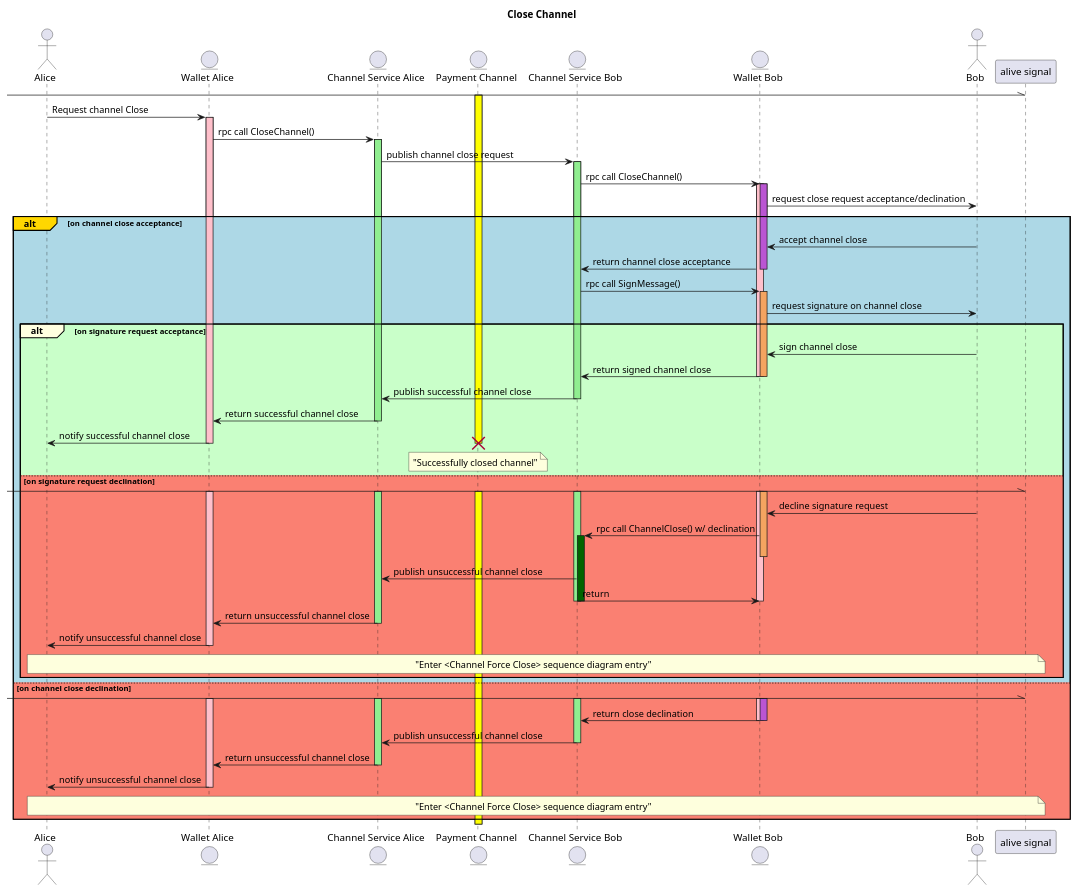
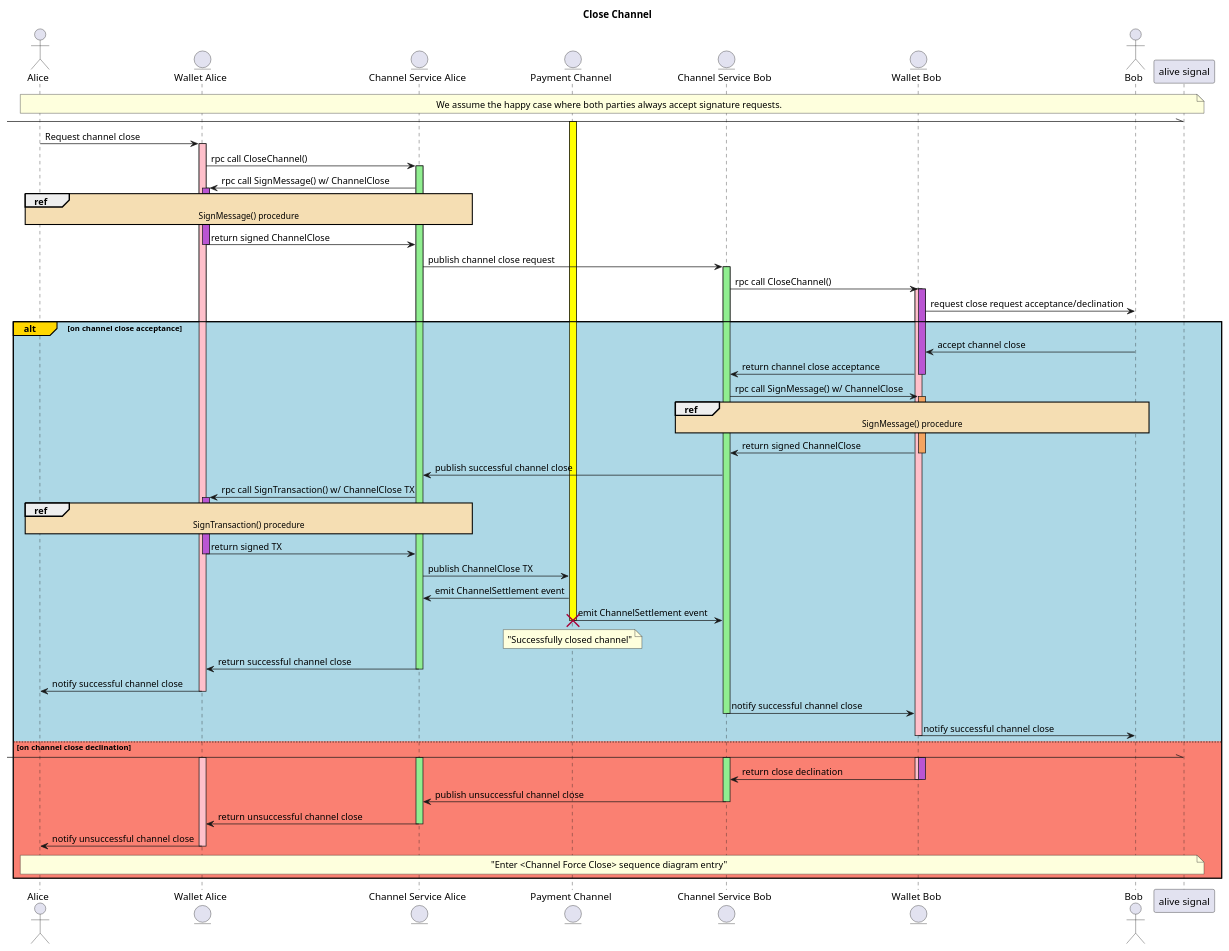
The diagram in src/sequence-close.pu (perun-network/perun-wallet-spec), drawn with PlantUML before and after one commit. The commit also changed 13 other files, not shown here.

Commit message:
sequence: Clean up sequence diagrams and reference in Spec.md

```diff
--- a/src/sequence-close.pu
+++ b/src/sequence-close.pu
@@ -1,88 +1,82 @@
 @startuml
 actor Alice as A
 entity "Wallet Alice" as WA
 entity "Channel Service Alice" as CSA
 entity "Payment Channel" as PC
 entity "Channel Service Bob" as CSB
 entity "Wallet Bob" as WB
 actor Bob as B
 
+skinparam sequenceReferenceBackgroundColor wheat
+
 title Close Channel
+
+note across: We assume the happy case where both parties always accept signature requests.
 
 [-\\ "alive signal"
 activate PC #yellow
-A -> WA : Request channel Close
+A -> WA : Request channel close
 activate WA #pink
 WA -> CSA : rpc call CloseChannel()
 activate CSA #lightgreen
+CSA -> WA : rpc call SignMessage() w/ ChannelClose
+activate WA #mediumorchid
+ref over A, WA, CSA : SignMessage() procedure
+WA -> CSA : return signed ChannelClose
+deactivate WA
 CSA -> CSB : publish channel close request
 activate CSB #lightgreen
 CSB -> WB : rpc call CloseChannel()
 activate WB #pink
 activate WB #mediumorchid
 WB -> B : request close request acceptance/declination
 alt#gold #lightblue on channel close acceptance
   B -> WB : accept channel close
   WB -> CSB : return channel close acceptance
   deactivate WB
-  CSB -> WB : rpc call SignMessage()
+  CSB -> WB : rpc call SignMessage() w/ ChannelClose
   activate WB #sandybrown
-  WB -> B : request signature on channel close
-  alt#lightyellow #technology  on signature request acceptance
-    B -> WB : sign channel close
-    WB -> CSB : return signed channel close
-    deactivate WB
-    deactivate WB
-    CSB -> CSA : publish successful channel close
-    deactivate CSB
-    CSA -> WA : return successful channel close
-    deactivate CSA
-    WA -> A : notify successful channel close
-    deactivate WA
-    note over PC: "Successfully closed channel"
-    destroy PC
-  else #salmon on signature request declination
-    [-\\ "alive signal"
-    activate WB #pink
-    activate WB #sandybrown
-    activate CSB #lightgreen
-    activate WA #pink
-    activate CSA #lightgreen
-    activate PC #yellow
-    B -> WB : decline signature request
-    WB -> CSB : rpc call ChannelClose() w/ declination
-    activate CSB #darkgreen
-    deactivate WB
-    CSB -> CSA : publish unsuccessful channel close
-    CSB -> WB : return
-    deactivate CSB
-    deactivate CSB
-    deactivate WB
-    CSA -> WA : return unsuccessful channel close
-    deactivate CSA
-    WA -> A : notify unsuccessful channel close
-    deactivate WA
-    note across: "Enter <Channel Force Close> sequence diagram entry"
-  end
+  ref over B, WB, CSB : SignMessage() procedure
+  WB -> CSB : return signed ChannelClose
+  deactivate WB
+  CSB -> CSA : publish successful channel close
+  CSA -> WA : rpc call SignTransaction() w/ ChannelClose TX
+  activate WA #mediumorchid
+  ref over A, CSA, WA : SignTransaction() procedure
+  WA -> CSA : return signed TX
+  deactivate WA
+  CSA -> PC : publish ChannelClose TX
+  PC -> CSA : emit ChannelSettlement event
+  PC -> CSB : emit ChannelSettlement event
+  note over PC: "Successfully closed channel"
+  destroy PC
+  CSA -> WA : return successful channel close
+  deactivate CSA
+  WA -> A : notify successful channel close
+  deactivate WA
+  CSB -> WB : notify successful channel close
+  deactivate CSB
+  WB -> B : notify successful channel close
+  deactivate WB
 else #salmon on channel close declination
   [-\\ "alive signal"
   activate WB #pink
   activate WB #mediumorchid
   activate CSB #lightgreen
   activate WA #pink
   activate CSA #lightgreen
   WB -> CSB : return close declination
   deactivate WB
   deactivate WB
   CSB -> CSA : publish unsuccessful channel close
   deactivate CSB
   CSA -> WA : return unsuccessful channel close
   deactivate CSA
   WA -> A : notify unsuccessful channel close
   deactivate WA
   note across: "Enter <Channel Force Close> sequence diagram entry"
 end
 deactivate PC
 
 
 @enduml
```
